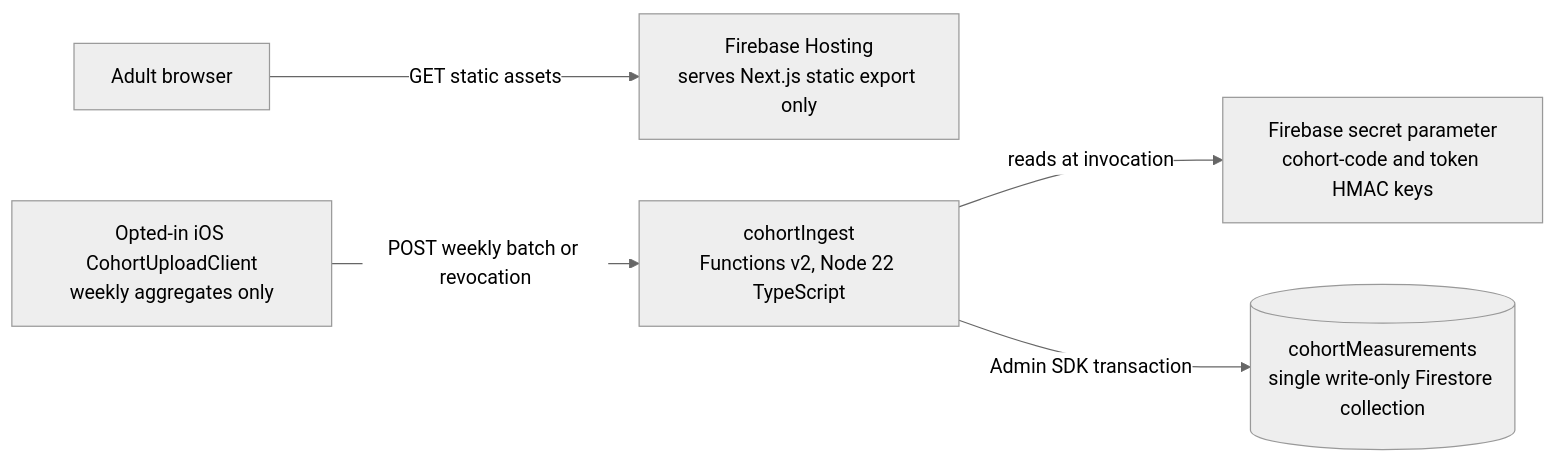
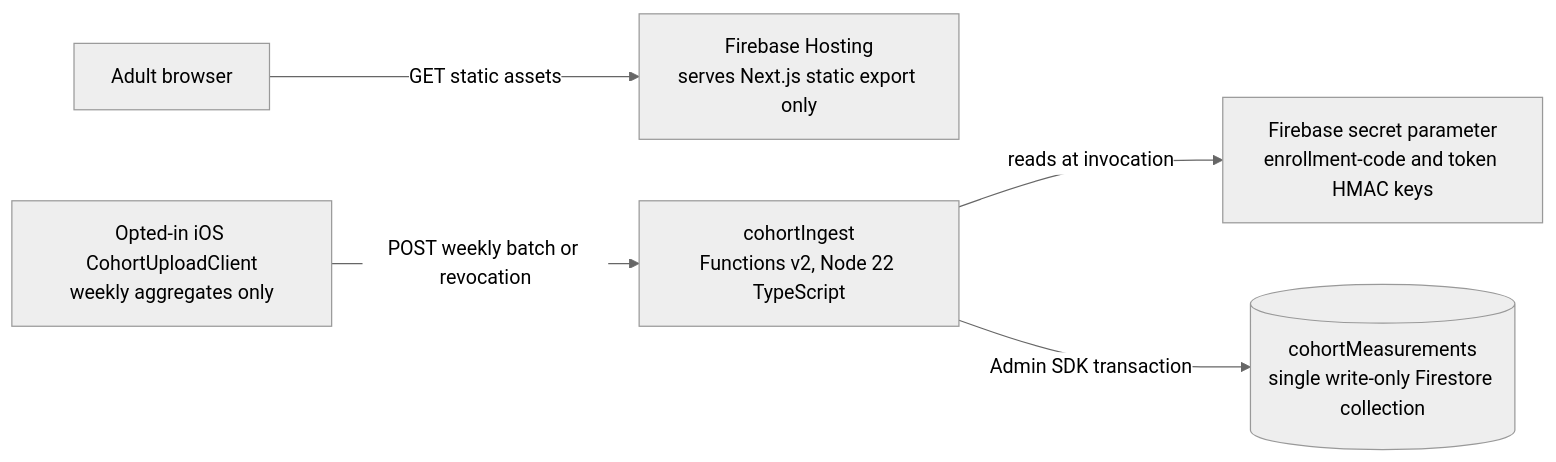
One commit to Cure-Consulting-Group/iep-and-thrive changed the first of 2 diagrams in docs/architecture/backend-architecture.md. Above: the diagram before and after it, drawn with Mermaid (neutral theme). The commit also changed other lines of this file and 5 other files, not shown here.

````diff
--- a/docs/architecture/backend-architecture.md
+++ b/docs/architecture/backend-architecture.md
@@ -10,14 +10,14 @@
 ```mermaid
 flowchart LR
     Adult["Adult browser"]
     Site["Firebase Hosting<br/>serves Next.js static export only"]
     CohortApp["Opted-in iOS CohortUploadClient<br/>weekly aggregates only"]
     Function["cohortIngest<br/>Functions v2, Node 22 TypeScript"]
-    Secret["Firebase secret parameter<br/>cohort-code and token HMAC keys"]
+    Secret["Firebase secret parameter<br/>enrollment-code and token HMAC keys"]
     Firestore[("cohortMeasurements<br/>single write-only Firestore collection")]
 
     Adult -->|"GET static assets"| Site
     CohortApp -->|"POST weekly batch or revocation"| Function
     Function -->|"reads at invocation"| Secret
     Function -->|"Admin SDK transaction"| Firestore
 ```
````
